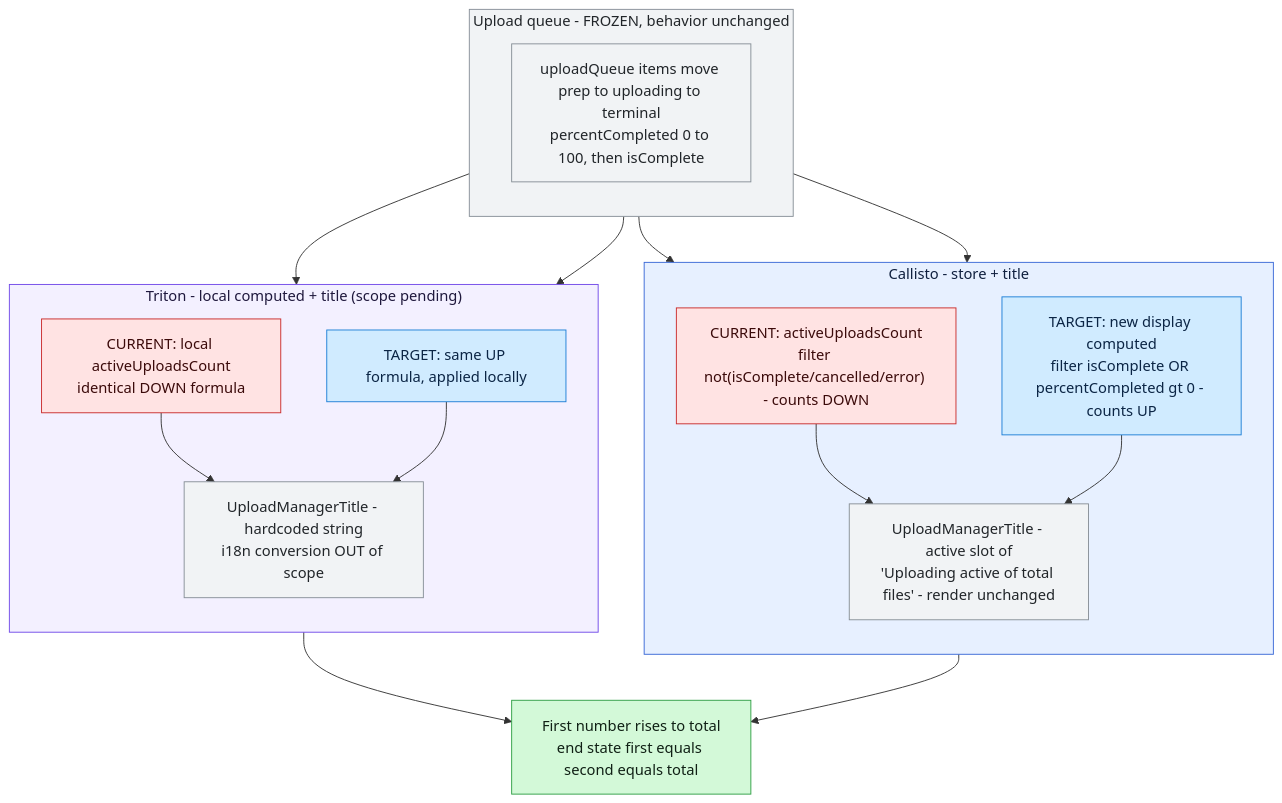
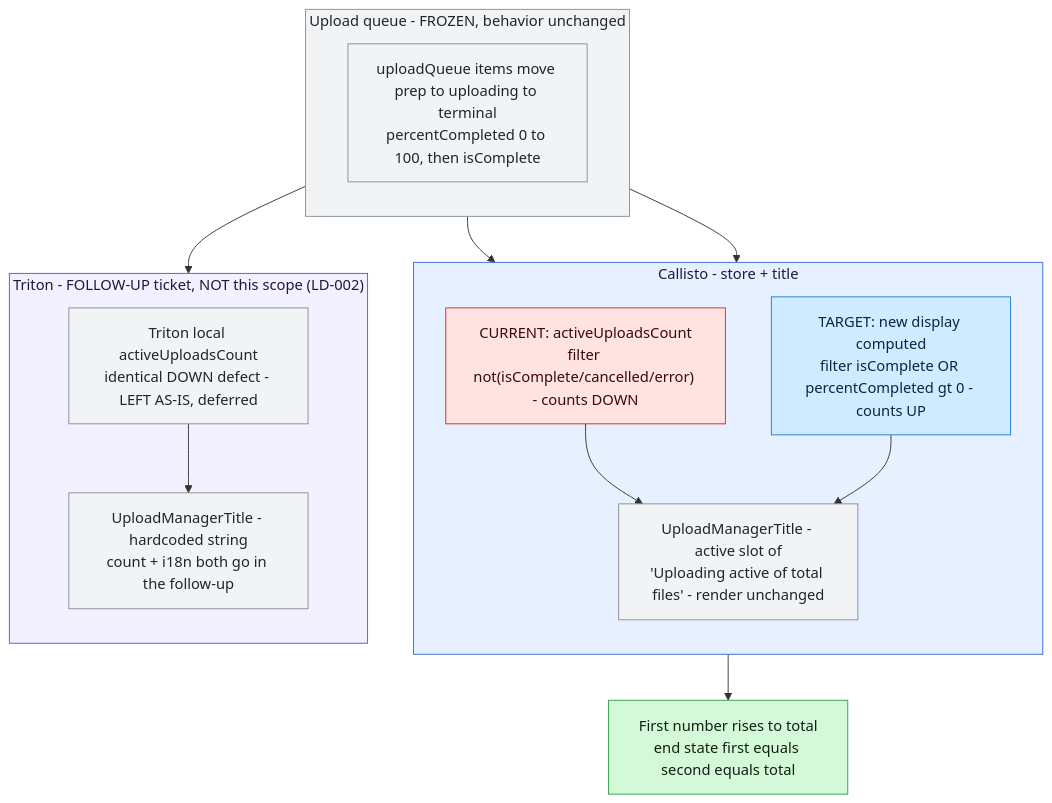
The first of 3 diagrams in docs/atlas/PRDV-14055/investigations/PRDV-14055-diagrams.md (SirGunther/dustin-thomason), drawn with Mermaid before and after one commit. The commit also changed other lines of this file and 8 other files, not shown here.

````diff
--- a/docs/atlas/PRDV-14055/investigations/PRDV-14055-diagrams.md
+++ b/docs/atlas/PRDV-14055/investigations/PRDV-14055-diagrams.md
@@ -9,44 +9,41 @@
 ```mermaid
 flowchart TB
   classDef current fill:#ffe3e3,stroke:#c92a2a,color:#3b0a0a
   classDef delta   fill:#d0ebff,stroke:#1c7ed6,color:#0b2545
   classDef shared  fill:#f1f3f5,stroke:#868e96,color:#212529
   classDef ok      fill:#d3f9d8,stroke:#2f9e44,color:#102015
 
   subgraph SG_QUEUE["Upload queue - FROZEN, behavior unchanged"]
     direction TB
     Q1["uploadQueue items move prep to uploading to terminal<br/>percentCompleted 0 to 100, then isComplete"]
   end
 
   subgraph SG_CALLISTO["Callisto - store + title"]
     direction TB
     C_C1["CURRENT: activeUploadsCount<br/>filter not(isComplete/cancelled/error) - counts DOWN"]
     C_T1["TARGET: new display computed<br/>filter isComplete OR percentCompleted gt 0 - counts UP"]
     C_TITLE["UploadManagerTitle - active slot of<br/>'Uploading active of total files' - render unchanged"]
   end
 
-  subgraph SG_TRITON["Triton - local computed + title (scope pending)"]
+  subgraph SG_TRITON["Triton - FOLLOW-UP ticket, NOT this scope (LD-002)"]
     direction TB
-    T_C1["CURRENT: local activeUploadsCount<br/>identical DOWN formula"]
-    T_T1["TARGET: same UP formula, applied locally"]
-    T_TITLE["UploadManagerTitle - hardcoded string<br/>i18n conversion OUT of scope"]
+    T_C1["Triton local activeUploadsCount<br/>identical DOWN defect - LEFT AS-IS, deferred"]
+    T_TITLE["UploadManagerTitle - hardcoded string<br/>count + i18n both go in the follow-up"]
   end
 
   OUT["First number rises to total<br/>end state first equals second equals total"]
 
   Q1 --> C_C1 --> C_TITLE
   Q1 --> C_T1 --> C_TITLE
   Q1 --> T_C1 --> T_TITLE
-  Q1 --> T_T1 --> T_TITLE
   C_T1 --> OUT
-  T_T1 --> OUT
 
-  class C_C1,T_C1 current
-  class C_T1,T_T1 delta
-  class Q1,C_TITLE,T_TITLE shared
+  class C_C1 current
+  class C_T1 delta
+  class Q1,C_TITLE,T_TITLE,T_C1 shared
   class OUT ok
 
   style SG_QUEUE    fill:#f1f3f5,stroke:#868e96,color:#212529
   style SG_CALLISTO fill:#e7f0ff,stroke:#3867d6,color:#10203f
   style SG_TRITON   fill:#f3f0ff,stroke:#7048e8,color:#1f183d
 ```
````
